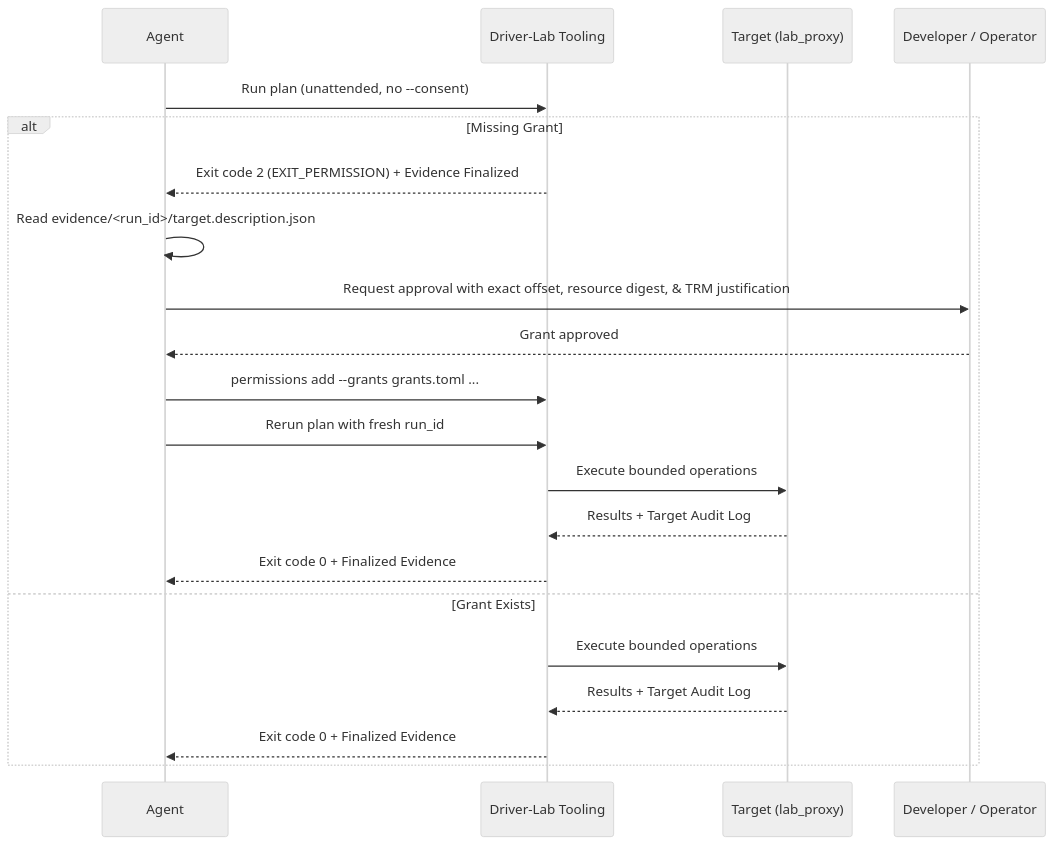
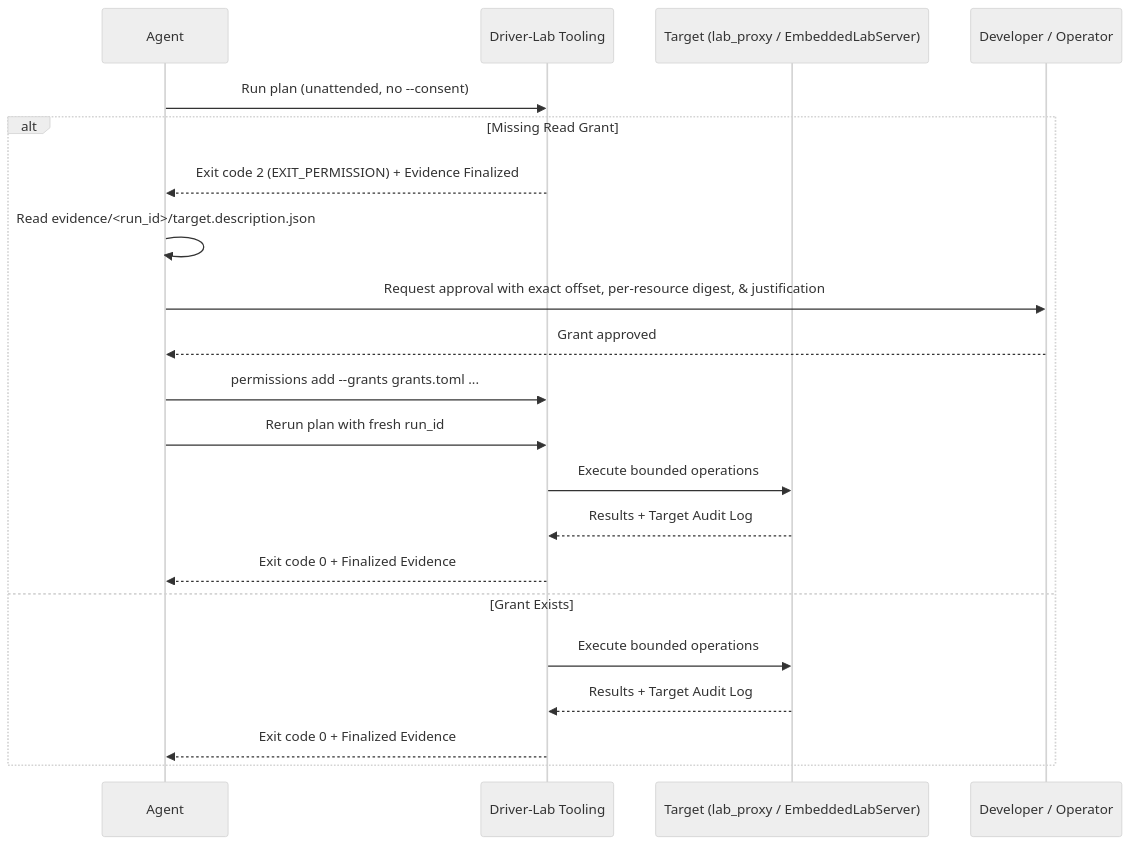
Before and after one commit to XSLabs/fuchsia: the diagram in src/devices/skills/driver-lab/SKILL.md, drawn with Mermaid (neutral theme). The commit also changed other lines of this file and 8 other files, not shown here.

````diff
--- a/src/devices/skills/driver-lab/SKILL.md
+++ b/src/devices/skills/driver-lab/SKILL.md
@@ -236,24 +292,24 @@
 ```mermaid
 sequenceDiagram
     participant Agent
     participant DriverLab as Driver-Lab Tooling
-    participant Target as Target (lab_proxy)
+    participant Target as Target (lab_proxy / EmbeddedLabServer)
     participant User as Developer / Operator
 
     Agent->>DriverLab: Run plan (unattended, no --consent)
-    alt Missing Grant
+    alt Missing Read Grant
         DriverLab-->>Agent: Exit code 2 (EXIT_PERMISSION) + Evidence Finalized
         Agent->>Agent: Read evidence/<run_id>/target.description.json
-        Agent->>User: Request approval with exact offset, resource digest, & TRM justification
+        Agent->>User: Request approval with exact offset, per-resource digest, & justification
         User-->>Agent: Grant approved
         Agent->>DriverLab: permissions add --grants grants.toml ...
         Agent->>DriverLab: Rerun plan with fresh run_id
         DriverLab->>Target: Execute bounded operations
         Target-->>DriverLab: Results + Target Audit Log
         DriverLab-->>Agent: Exit code 0 + Finalized Evidence
     else Grant Exists
         DriverLab->>Target: Execute bounded operations
         Target-->>DriverLab: Results + Target Audit Log
         DriverLab-->>Agent: Exit code 0 + Finalized Evidence
     end
 ```
````
